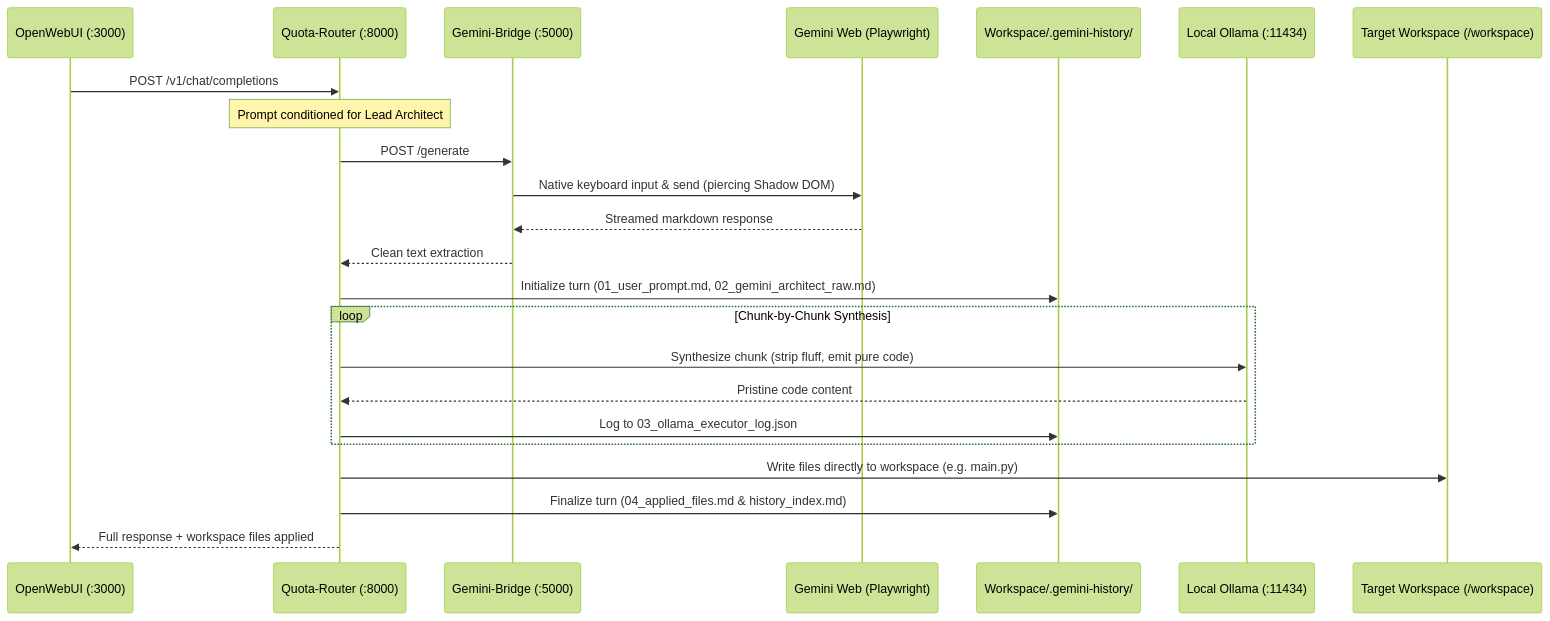
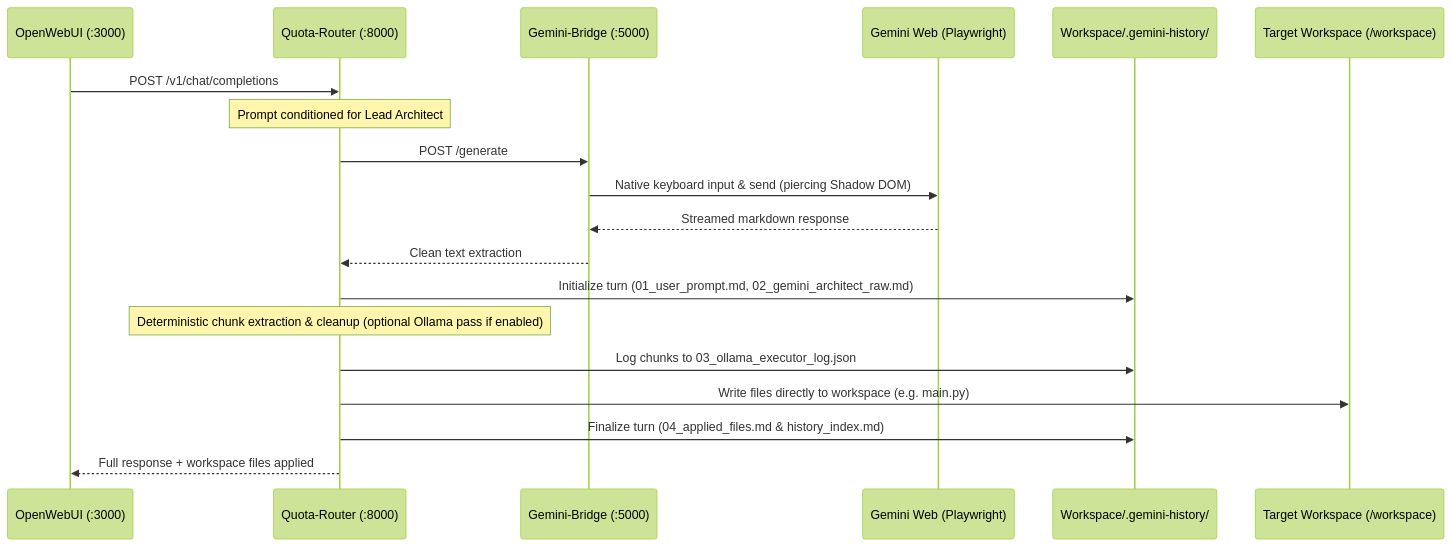
The diagram in README.md (YHDF/ZeroGravity), drawn with Mermaid (forest theme) before and after one commit. The commit also changed other lines of this file and 16 other files, not shown here.

````diff
--- a/README.md
+++ b/README.md
@@ -11,26 +14,22 @@
 ```mermaid
 sequenceDiagram
     participant UI as OpenWebUI (:3000)
     participant Router as Quota-Router (:8000)
     participant Bridge as Gemini-Bridge (:5000)
     participant Web as Gemini Web (Playwright)
     participant Hist as Workspace/.gemini-history/
-    participant Ollama as Local Ollama (:11434)
     participant Disk as Target Workspace (/workspace)
 
     UI->>Router: POST /v1/chat/completions
     Note over Router: Prompt conditioned for Lead Architect
     Router->>Bridge: POST /generate
     Bridge->>Web: Native keyboard input & send (piercing Shadow DOM)
     Web-->>Bridge: Streamed markdown response
     Bridge-->>Router: Clean text extraction
     Router->>Hist: Initialize turn (01_user_prompt.md, 02_gemini_architect_raw.md)
-    loop Chunk-by-Chunk Synthesis
-        Router->>Ollama: Synthesize chunk (strip fluff, emit pure code)
-        Ollama-->>Router: Pristine code content
-        Router->>Hist: Log to 03_ollama_executor_log.json
-    end
+    Note over Router: Deterministic chunk extraction & cleanup (optional Ollama pass if enabled)
+    Router->>Hist: Log chunks to 03_ollama_executor_log.json
     Router->>Disk: Write files directly to workspace (e.g. main.py)
     Router->>Hist: Finalize turn (04_applied_files.md & history_index.md)
     Router-->>UI: Full response + workspace files applied
 ```
````
